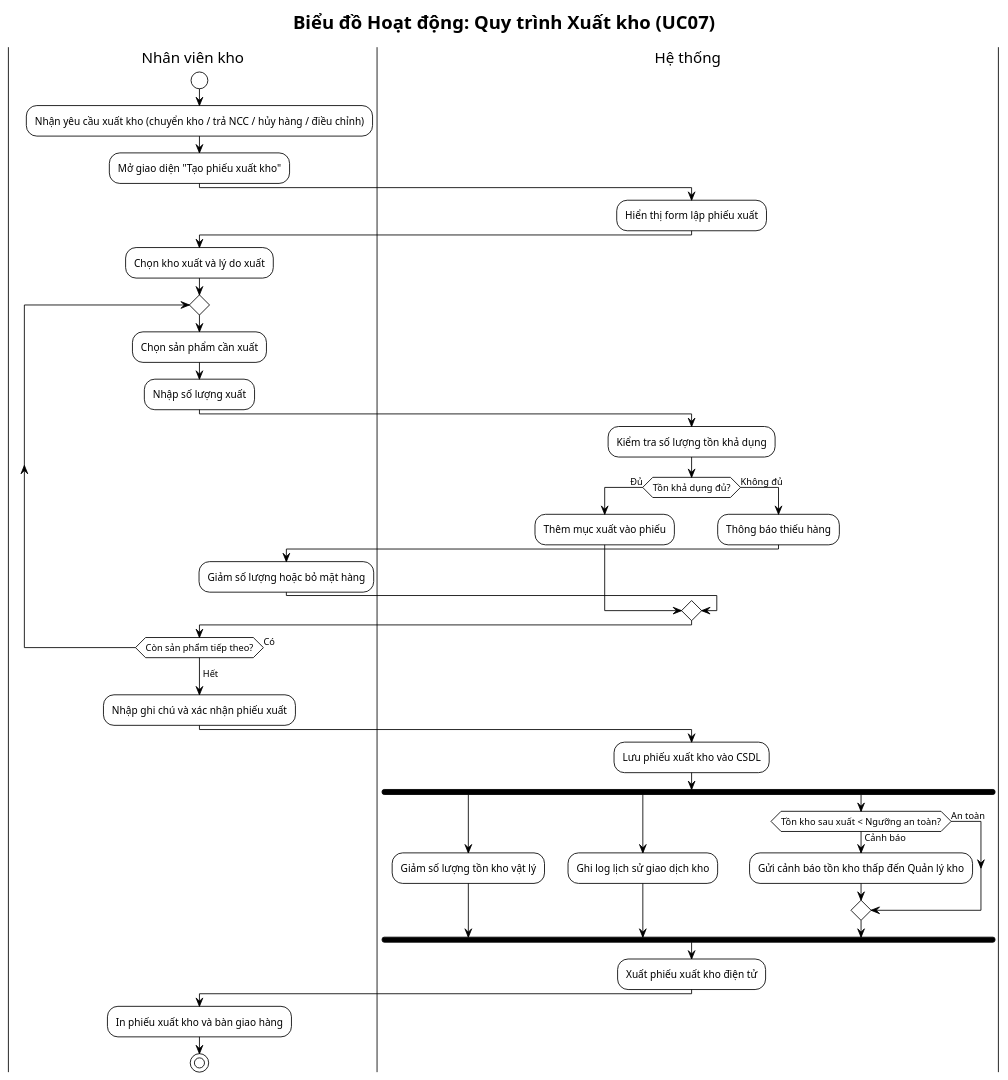
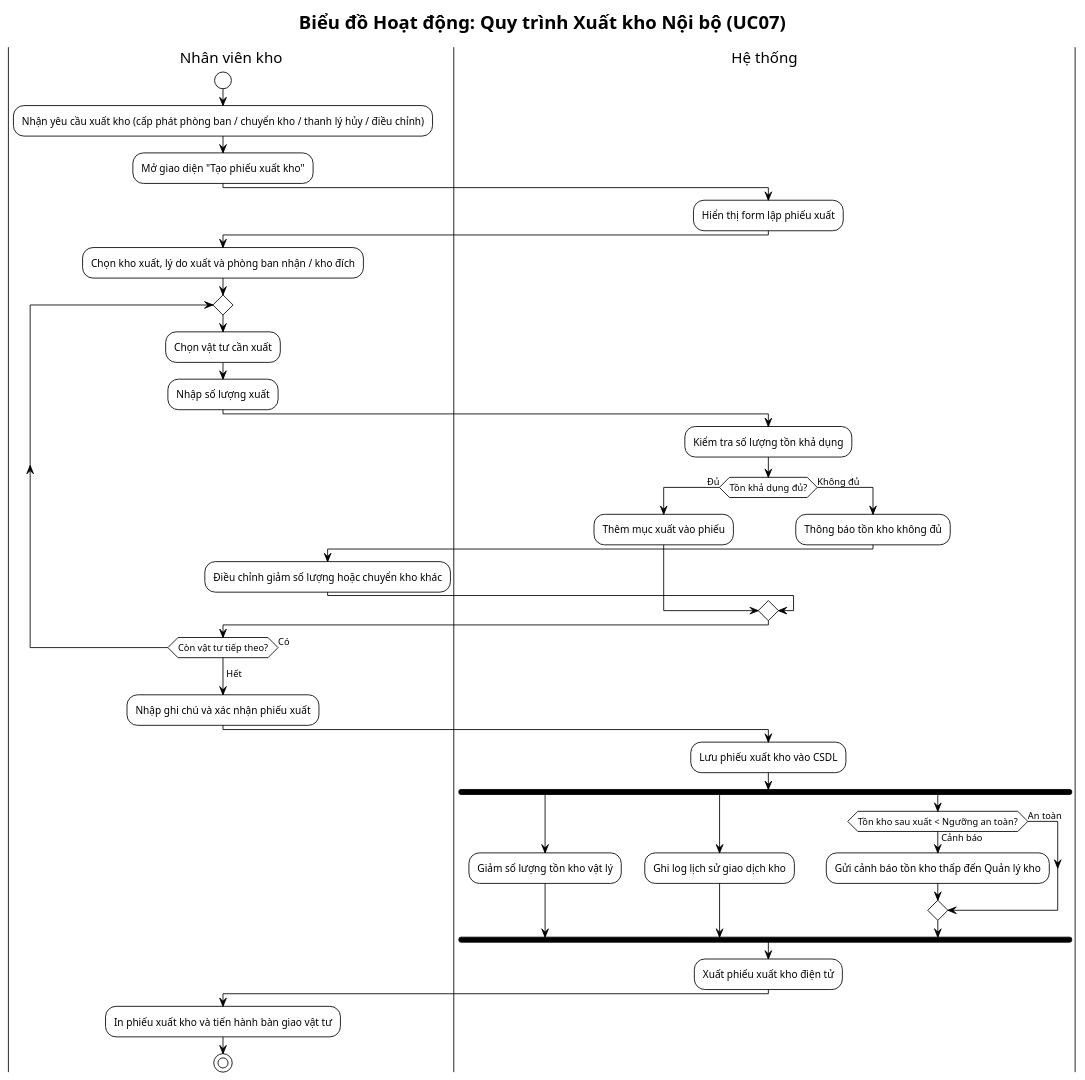
The second of 4 diagrams in BTL-QuanLyKhoHang/plantuml/activity-diagrams.puml (vuhoabinh2416137/G8_Quanlysanphamvakhohang), drawn with PlantUML before and after one commit. The commit also changed other lines of this file and 73 other files, not shown here.

Commit message:
refactor: chuyen doi toan bo du an sang Quan ly Kho vat tu noi bo to chuc va bo sung ke hoach phan cong 7 thanh vien

```diff
--- a/BTL-QuanLyKhoHang/plantuml/activity-diagrams.puml
+++ b/BTL-QuanLyKhoHang/plantuml/activity-diagrams.puml
@@ -63,52 +62,52 @@
 @startuml activity-xuat-kho
 !theme plain
 skinparam defaultFontName "Arial"
-title Biểu đồ Hoạt động: Quy trình Xuất kho (UC07)
+title Biểu đồ Hoạt động: Quy trình Xuất kho Nội bộ (UC07)
 
 |Nhân viên kho|
 start
-:Nhận yêu cầu xuất kho (chuyển kho / trả NCC / hủy hàng / điều chỉnh);
+:Nhận yêu cầu xuất kho (cấp phát phòng ban / chuyển kho / thanh lý hủy / điều chỉnh);
 :Mở giao diện "Tạo phiếu xuất kho";
 
 |Hệ thống|
 :Hiển thị form lập phiếu xuất;
 
 |Nhân viên kho|
-:Chọn kho xuất và lý do xuất;
+:Chọn kho xuất, lý do xuất và phòng ban nhận / kho đích;
 repeat
-    :Chọn sản phẩm cần xuất;
+    :Chọn vật tư cần xuất;
     :Nhập số lượng xuất;
     |Hệ thống|
     :Kiểm tra số lượng tồn khả dụng;
     if (Tồn khả dụng đủ?) then (Đủ)
         :Thêm mục xuất vào phiếu;
     else (Không đủ)
-        :Thông báo thiếu hàng;
+        :Thông báo tồn kho không đủ;
         |Nhân viên kho|
-        :Giảm số lượng hoặc bỏ mặt hàng;
+        :Điều chỉnh giảm số lượng hoặc chuyển kho khác;
     endif
     |Nhân viên kho|
-repeat while (Còn sản phẩm tiếp theo?) is (Có)
+repeat while (Còn vật tư tiếp theo?) is (Có)
 -> Hết;
 
 |Nhân viên kho|
 :Nhập ghi chú và xác nhận phiếu xuất;
 
 |Hệ thống|
 :Lưu phiếu xuất kho vào CSDL;
 fork
     :Giảm số lượng tồn kho vật lý;
 fork again
     :Ghi log lịch sử giao dịch kho;
 fork again
     if (Tồn kho sau xuất < Ngưỡng an toàn?) then (Cảnh báo)
         :Gửi cảnh báo tồn kho thấp đến Quản lý kho;
     else (An toàn)
     endif
 end fork
 
 :Xuất phiếu xuất kho điện tử;
 |Nhân viên kho|
-:In phiếu xuất kho và bàn giao hàng;
+:In phiếu xuất kho và tiến hành bàn giao vật tư;
 stop
 @enduml
```
